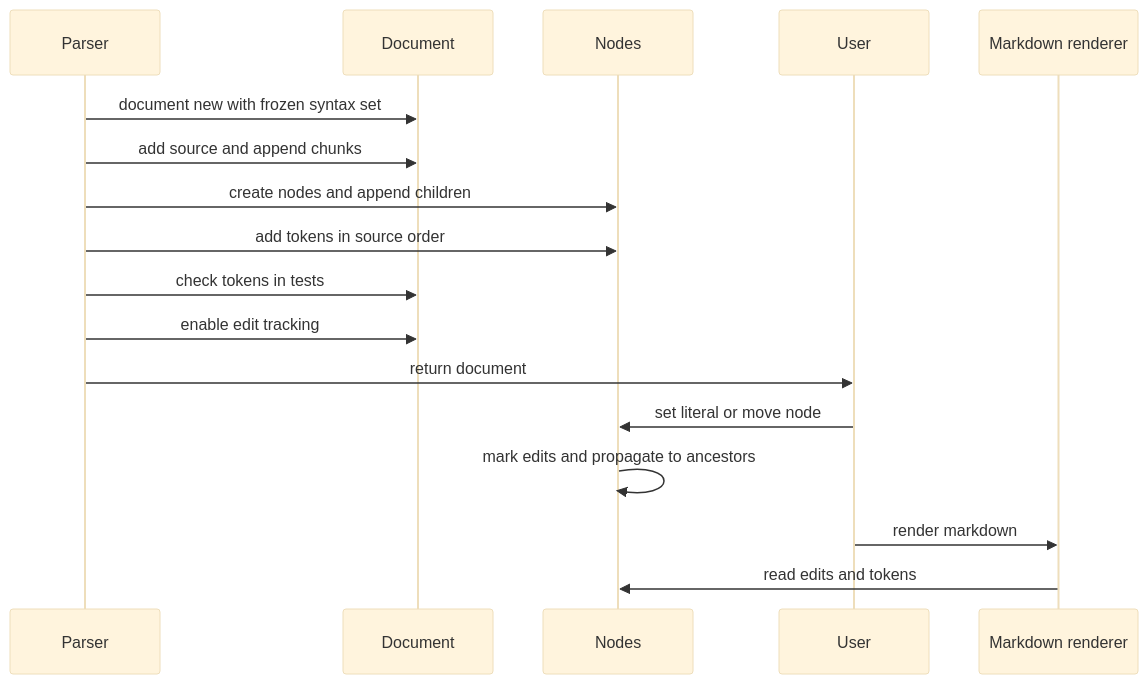
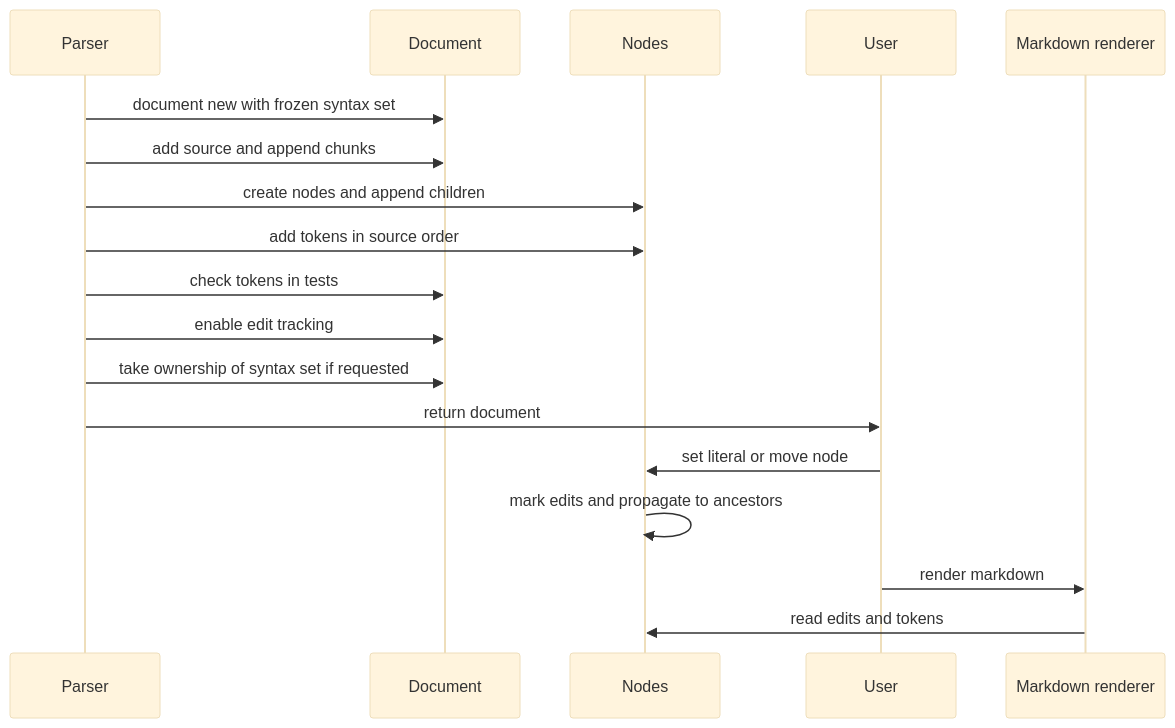
Before and after one commit to ktdevx/amark-private2: the second of 4 diagrams in .kiro/specs/syntax-tree/design.md, drawn with Mermaid (base theme). The commit also changed other lines of this file and 4 other files, not shown here.

````diff
--- a/.kiro/specs/syntax-tree/design.md
+++ b/.kiro/specs/syntax-tree/design.md
@@ -185,19 +187,20 @@
 ```mermaid
 sequenceDiagram
     participant P as Parser
     participant D as Document
     participant N as Nodes
     participant U as User
     participant R as Markdown renderer
     P->>D: document new with frozen syntax set
     P->>D: add source and append chunks
     P->>N: create nodes and append children
     P->>N: add tokens in source order
     P->>D: check tokens in tests
     P->>D: enable edit tracking
+    P->>D: take ownership of syntax set if requested
     P->>U: return document
     U->>N: set literal or move node
     N->>N: mark edits and propagate to ancestors
     U->>R: render markdown
     R->>N: read edits and tokens
 ```
````
